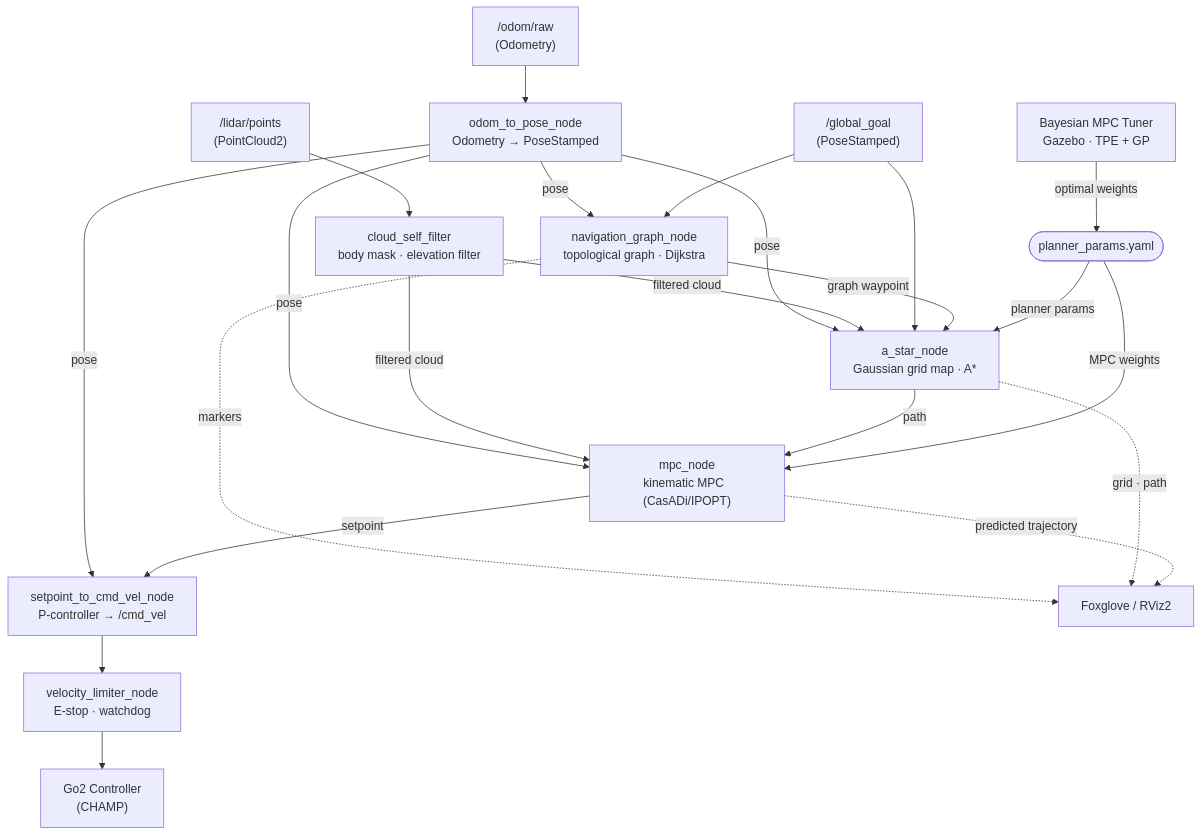
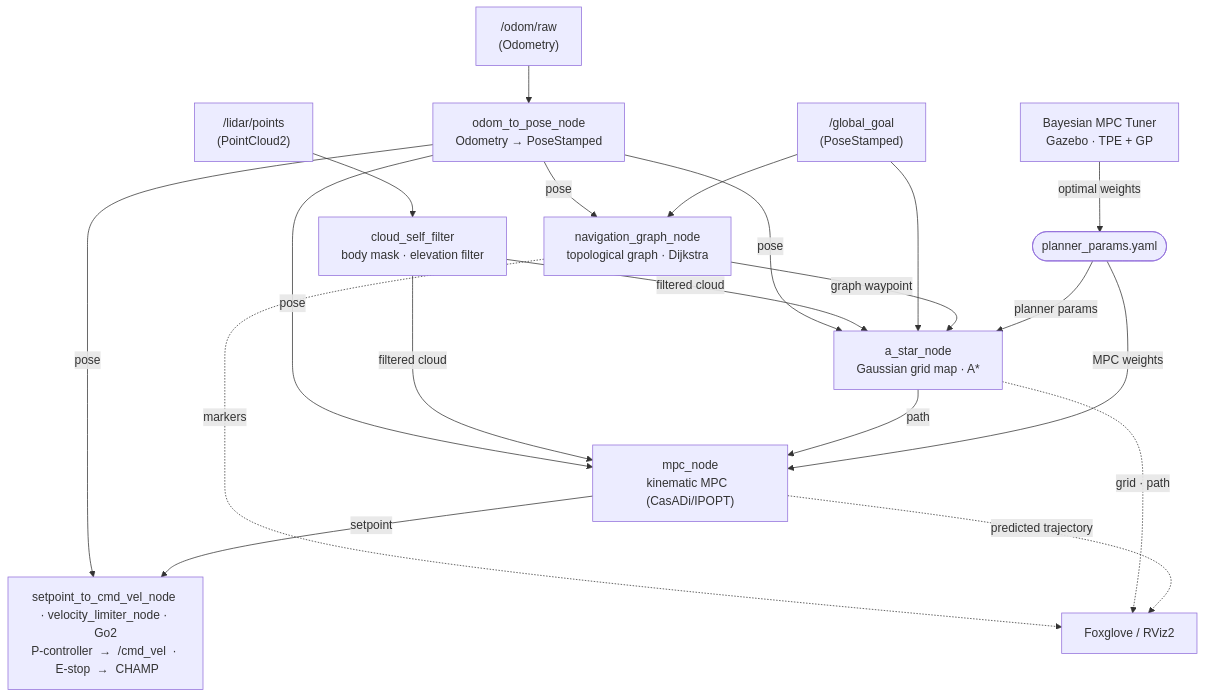
Before and after one commit to mateogom400/NOC_project: the diagram in README.md, drawn with Mermaid.

Commit message:
sys arch flowchart

````diff
--- a/README.md
+++ b/README.md
@@ -11,50 +11,45 @@
 ```mermaid
 flowchart TD
     ODOM["/odom/raw\n(Odometry)"]
     LIDAR["/lidar/points\n(PointCloud2)"]
     GOAL["/global_goal\n(PoseStamped)"]
 
     FILTER["cloud_self_filter\nbody mask · elevation filter"]
     BRIDGE["odom_to_pose_node\nOdometry → PoseStamped"]
 
     NAVGRAPH["navigation_graph_node\ntopological graph · Dijkstra"]
     ASTAR["a_star_node\nGaussian grid map · A*"]
     MPC["mpc_node\nkinematic MPC  (CasADi/IPOPT)"]
-    CMD["setpoint_to_cmd_vel_node\nP-controller  →  /cmd_vel"]
-    SAFETY["velocity_limiter_node\nE-stop · watchdog"]
-    GO2["Go2 Controller\n(CHAMP)"]
+    CTRL["setpoint_to_cmd_vel_node · velocity_limiter_node · Go2\nP-controller  →  /cmd_vel  ·  E-stop  →  CHAMP"]
     VIZ["Foxglove / RViz2"]
 
     OPT["Bayesian MPC Tuner\nGazebo · TPE + GP"]
     PARAMS(["planner_params.yaml"])
 
+    LIDAR --> FILTER
     ODOM --> BRIDGE
-    LIDAR --> FILTER
 
     BRIDGE -- pose --> NAVGRAPH
     BRIDGE -- pose --> ASTAR
     BRIDGE -- pose --> MPC
-    BRIDGE -- pose --> CMD
+    BRIDGE -- pose --> CTRL
 
     FILTER -- filtered cloud --> ASTAR
     FILTER -- filtered cloud --> MPC
 
     GOAL --> NAVGRAPH
     GOAL --> ASTAR
 
     NAVGRAPH -- graph waypoint --> ASTAR
     NAVGRAPH -. markers .-> VIZ
 
     ASTAR -- path --> MPC
     ASTAR -. grid · path .-> VIZ
 
-    MPC -- setpoint --> CMD
+    MPC -- setpoint --> CTRL
     MPC -. predicted trajectory .-> VIZ
-
-    CMD --> SAFETY
-    SAFETY --> GO2
 
     OPT -- optimal weights --> PARAMS
     PARAMS -- MPC weights --> MPC
     PARAMS -- planner params --> ASTAR
 ```
````
